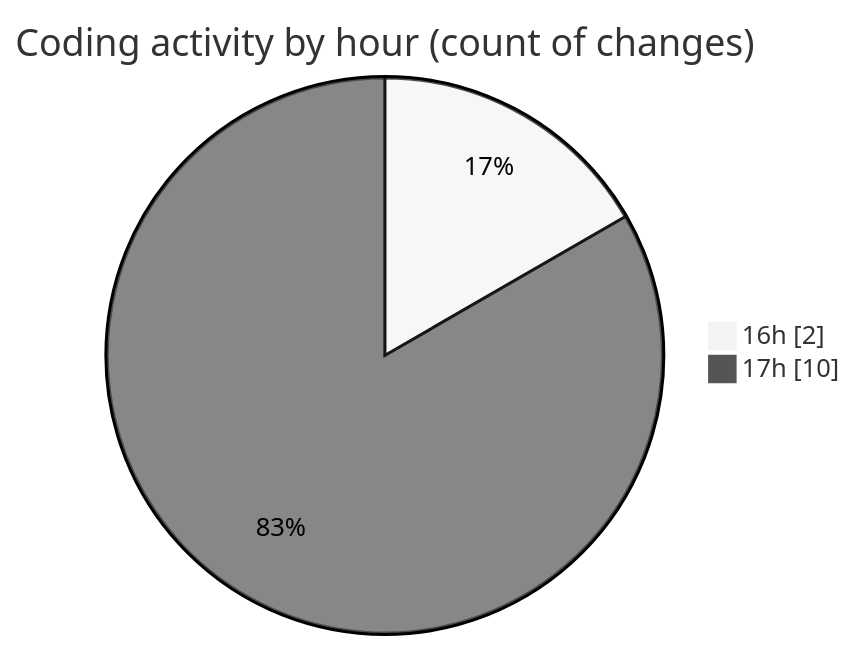
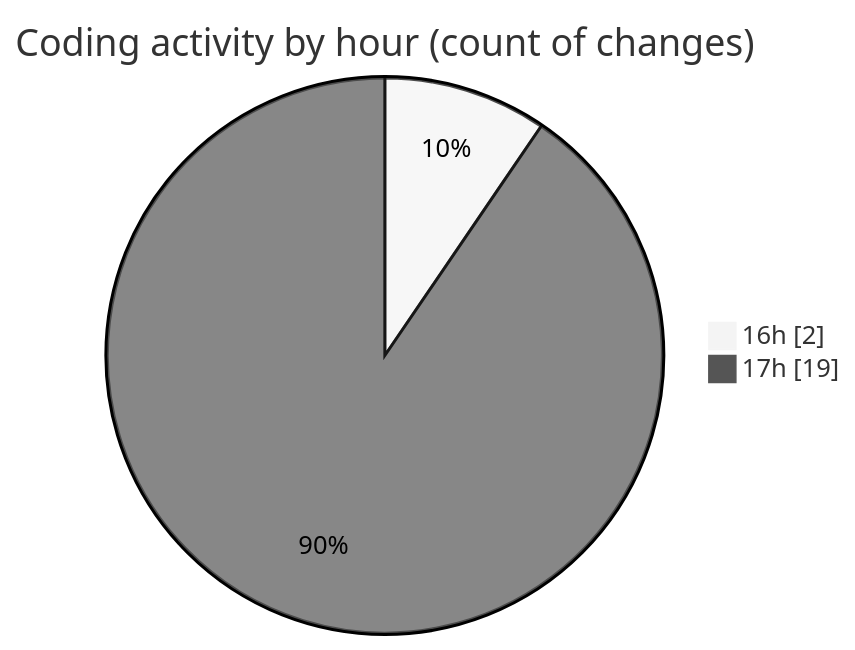
Before and after one commit to Elitesun/code-tracking: the second of 2 diagrams in 2025-01-24/react/README.md, drawn with Mermaid (neutral theme). The commit also changed other lines of this file and 1 other file, not shown here.

````diff
--- a/2025-01-24/react/README.md
+++ b/2025-01-24/react/README.md
@@ -31,6 +33,6 @@
 ```mermaid
 pie showData
 title Coding activity by hour (count of changes)
 "16h" : 2
-"17h" : 10
+"17h" : 19
 ```
````
